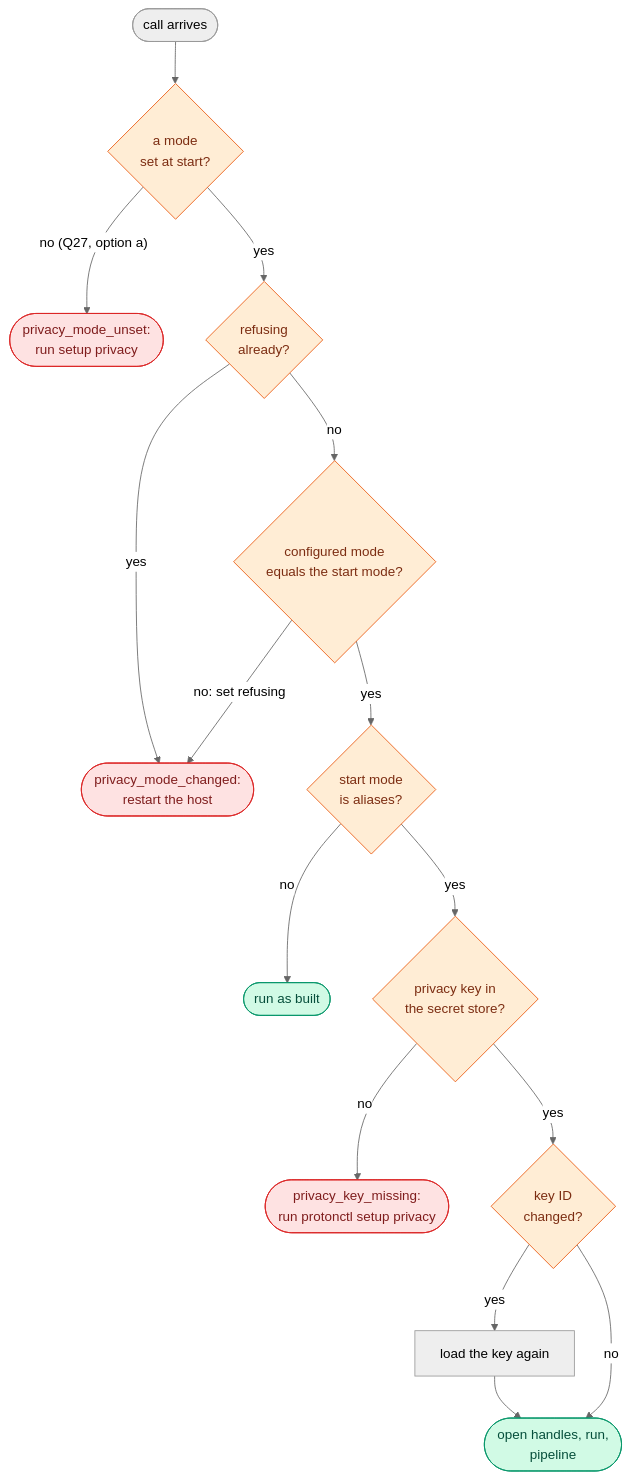
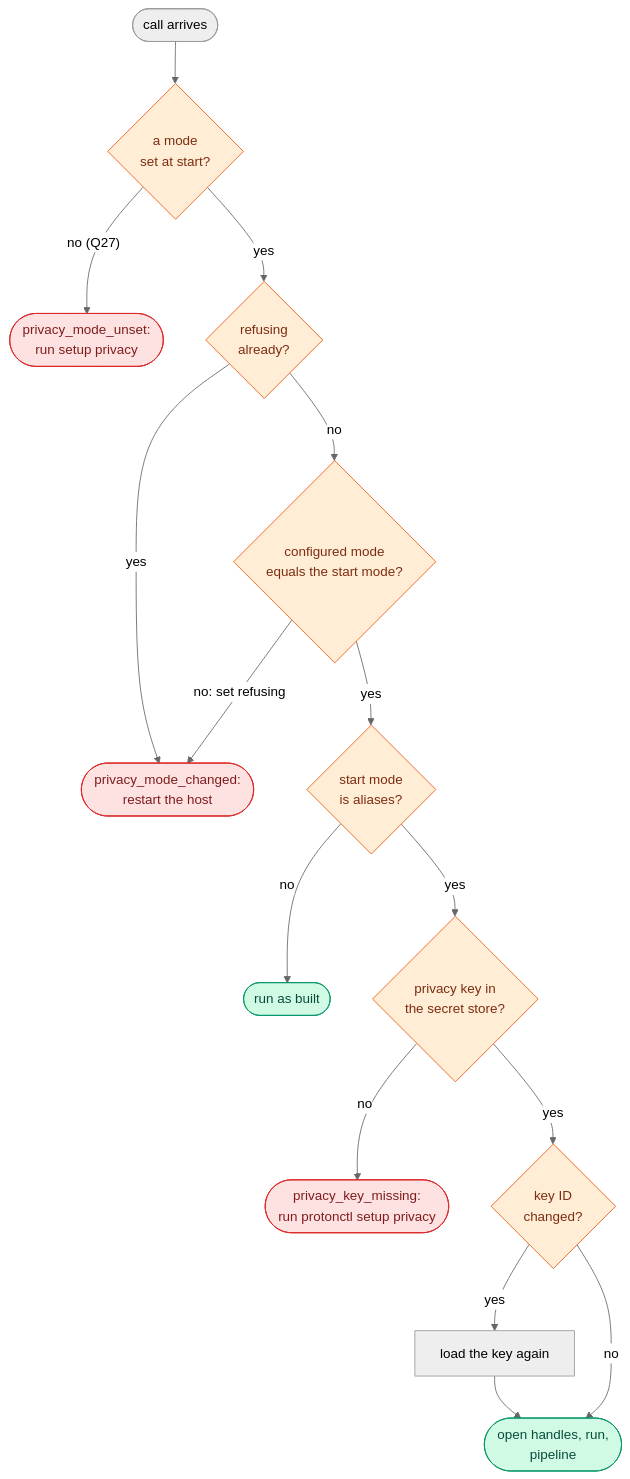
Before and after one commit to matt-w-horn/protonctl: the sixth of 11 diagrams in docs/rfc-0001/lld-privacy-layer.md, drawn with Mermaid (neutral theme). The commit also changed other lines of this file and 60 other files, not shown here.

First line of the commit message:
Phase 2: aliases mode and the privacy setting, built and tested on Linux (#7)

````diff
--- a/docs/rfc-0001/lld-privacy-layer.md
+++ b/docs/rfc-0001/lld-privacy-layer.md
@@ -618,23 +620,23 @@
 ```mermaid
 flowchart TB
     S(["call arrives"]) --> U{"a mode<br/>set at start?"}
-    U -->|"no (Q27, option a)"| F0(["privacy_mode_unset:<br/>run setup privacy"])
+    U -->|"no (Q27)"| F0(["privacy_mode_unset:<br/>run setup privacy"])
     U -->|yes| X{"refusing<br/>already?"}
     X -->|yes| F1
     X -->|no| M{"configured mode<br/>equals the start mode?"}
     M -->|"no: set refusing"| F1(["privacy_mode_changed:<br/>restart the host"])
     M -->|yes| A{"start mode<br/>is aliases?"}
     A -->|no| RUN(["run as built"])
     A -->|yes| K{"privacy key in<br/>the secret store?"}
     K -->|no| F2(["privacy_key_missing:<br/>run protonctl setup privacy"])
     K -->|yes| D{"key ID<br/>changed?"}
     D -->|yes| L["load the key again"] --> RUNA(["open handles, run,<br/>pipeline"])
     D -->|no| RUNA
 
     classDef ok fill:#D1FAE5,stroke:#059669,color:#064E3B
     classDef bad fill:#FEE2E2,stroke:#DC2626,color:#7F1D1D
     classDef q fill:#FFEDD5,stroke:#EA580C,color:#7C2D12
     class RUN,RUNA ok
     class F0,F1,F2 bad
     class U,X,M,A,K,D q
 ```
````
